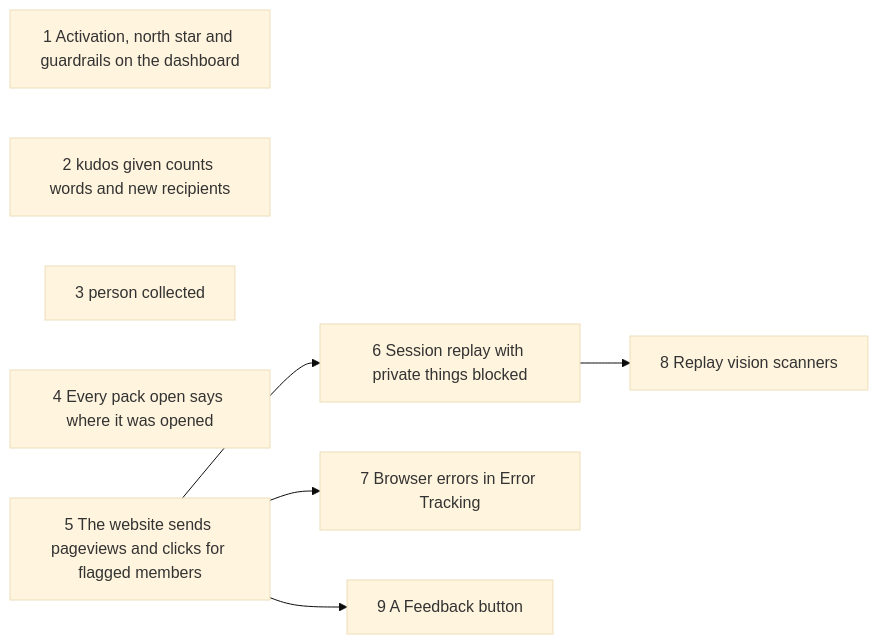
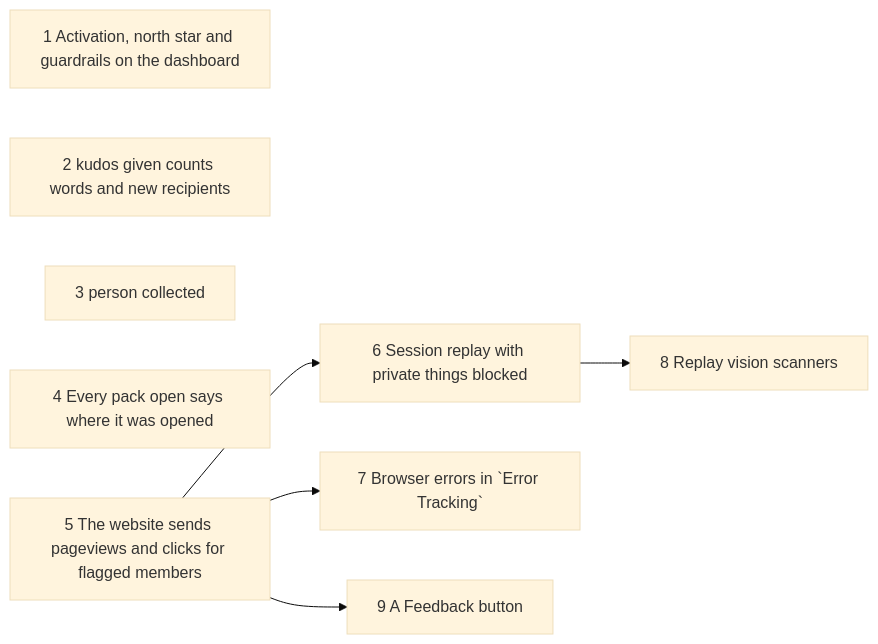
Before and after one commit to Silthus/kudos: the diagram in spec/measure-tickets.md, drawn with Mermaid (base theme). The commit also changed other lines of this file and 2 other files, not shown here.

````diff
--- a/spec/measure-tickets.md
+++ b/spec/measure-tickets.md
@@ -7,16 +7,16 @@
 ```mermaid
 flowchart LR
   T1["1 Activation, north star and guardrails on the dashboard"]
   T2["2 kudos given counts words and new recipients"]
   T3["3 person collected"]
   T4["4 Every pack open says where it was opened"]
   T5["5 The website sends pageviews and clicks for flagged members"]
   T6["6 Session replay with private things blocked"]
-  T7["7 Browser errors in Error Tracking"]
+  T7["7 Browser errors in `Error Tracking`"]
   T8["8 Replay vision scanners"]
   T9["9 A Feedback button"]
   T5 --> T6
   T5 --> T7
   T6 --> T8
   T5 --> T9
 ```
````
